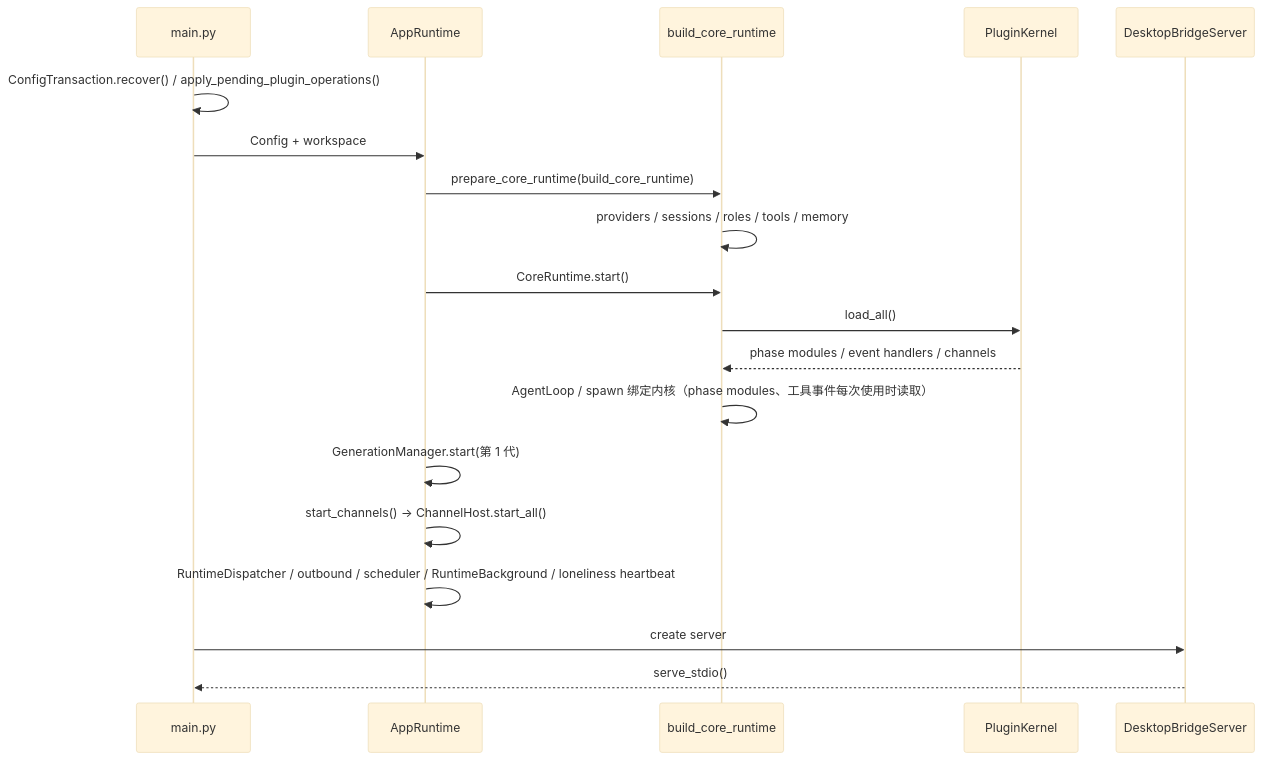
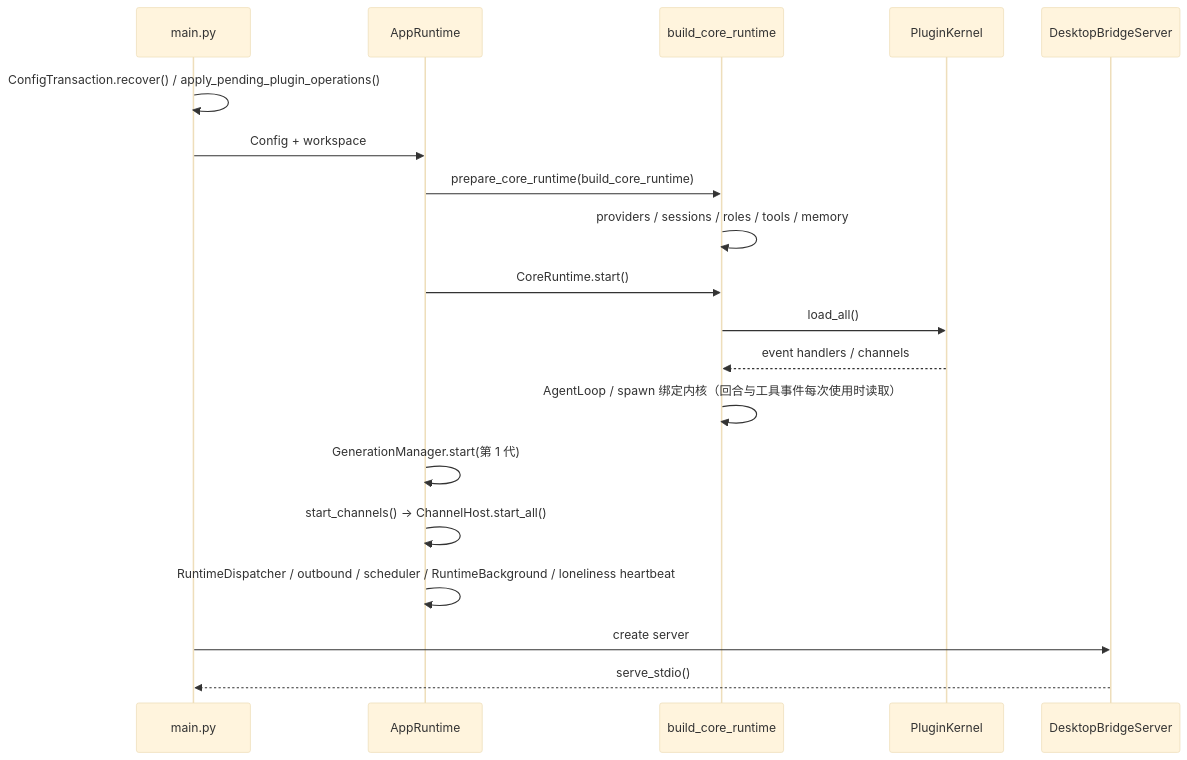
One commit to YinFengWindy/Shiori-Agent changed the first of 2 diagrams in docs/knowledge/flows/startup-and-shutdown.md. Above: the diagram before and after it, drawn with Mermaid (base theme). The commit also changed 27 other files, not shown here.

````diff
--- a/docs/knowledge/flows/startup-and-shutdown.md
+++ b/docs/knowledge/flows/startup-and-shutdown.md
@@ -23,21 +23,21 @@
 ```mermaid
 sequenceDiagram
   participant Main as main.py
   participant App as AppRuntime
   participant Core as build_core_runtime
   participant Plugin as PluginKernel
   participant Bridge as DesktopBridgeServer
   Main->>Main: ConfigTransaction.recover() / apply_pending_plugin_operations()
   Main->>App: Config + workspace
   App->>Core: prepare_core_runtime(build_core_runtime)
   Core->>Core: providers / sessions / roles / tools / memory
   App->>Core: CoreRuntime.start()
   Core->>Plugin: load_all()
-  Plugin-->>Core: phase modules / event handlers / channels
-  Core->>Core: AgentLoop / spawn 绑定内核（phase modules、工具事件每次使用时读取）
+  Plugin-->>Core: event handlers / channels
+  Core->>Core: AgentLoop / spawn 绑定内核（回合与工具事件每次使用时读取）
   App->>App: GenerationManager.start(第 1 代)
   App->>App: start_channels() -> ChannelHost.start_all()
   App->>App: RuntimeDispatcher / outbound / scheduler / RuntimeBackground / loneliness heartbeat
   Main->>Bridge: create server
   Bridge-->>Main: serve_stdio()
 ```
````
